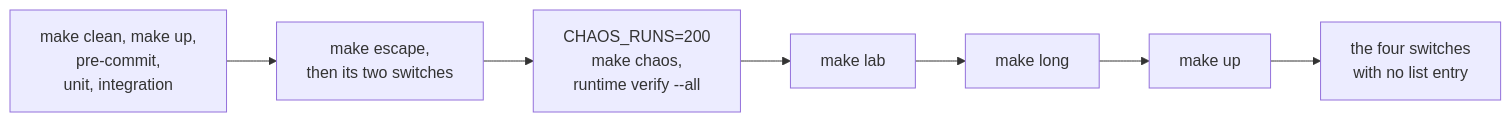
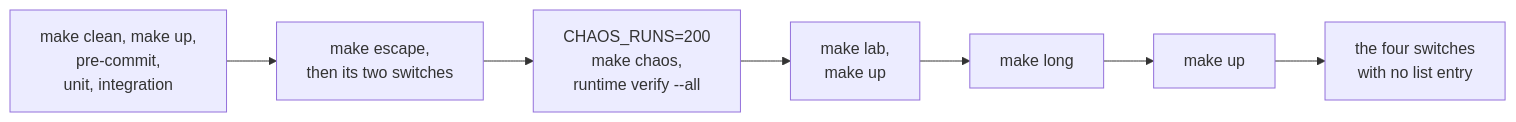
Before and after one commit to sindredg/agent-runtime: the first of 2 diagrams in docs/results/README.md, drawn with Mermaid. The commit also changed other lines of this file and 8 other files, not shown here.

````diff
--- a/docs/results/README.md
+++ b/docs/results/README.md
@@ -24,9 +24,9 @@
 ```mermaid
 flowchart LR
     S1[make clean, make up,<br/>pre-commit,<br/>unit, integration] --> S2[make escape,<br/>then its two switches]
     S2 --> S3[CHAOS_RUNS=200<br/>make chaos,<br/>runtime verify --all]
-    S3 --> S4[make lab]
+    S3 --> S4[make lab,<br/>make up]
     S4 --> S4b[make long]
     S4b --> S5[make up]
     S5 --> S6[the four switches<br/>with no list entry]
 ```
````
